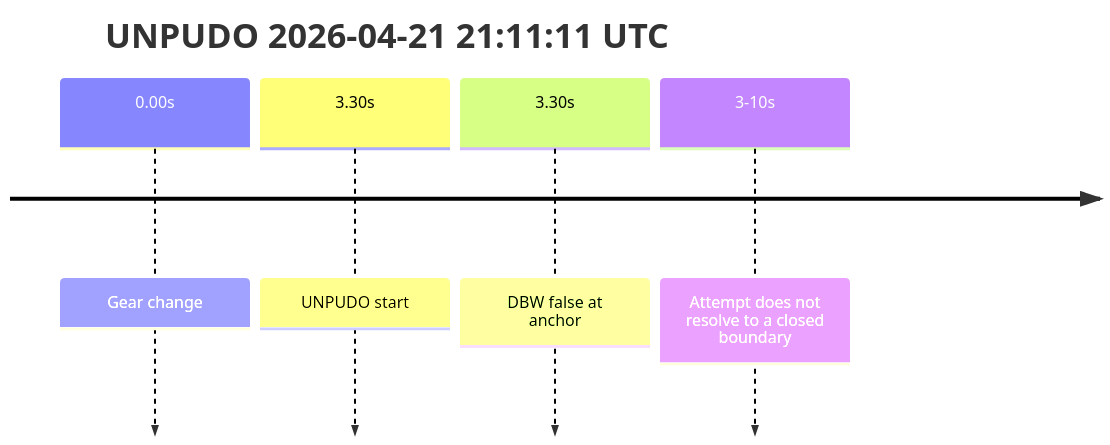
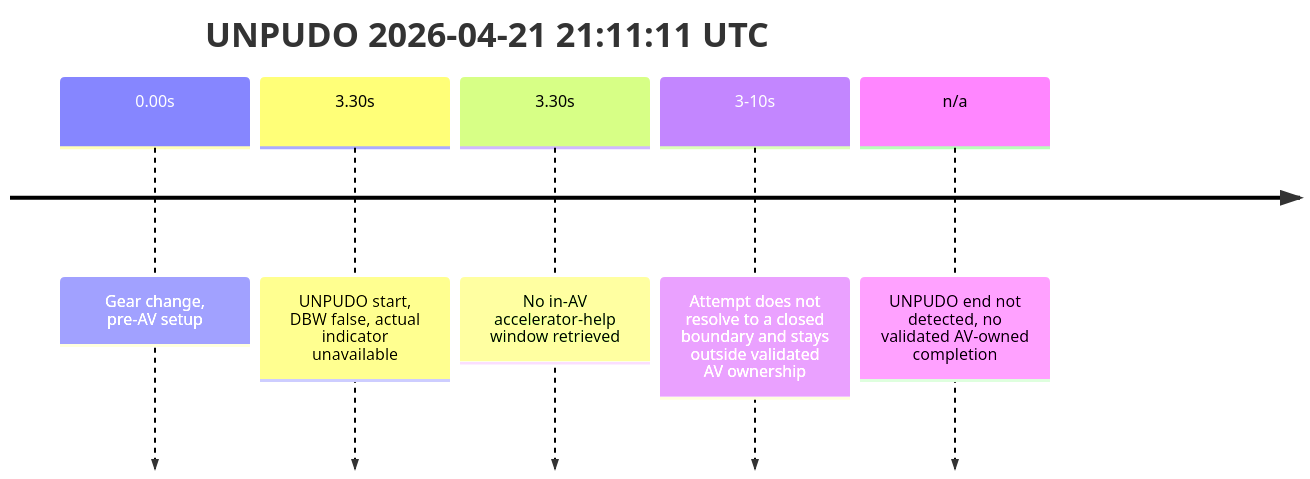
The second of 2 diagrams in model_analysis/report_cards/2026/04/Week-4/fme20012--2026-04-21--20-09-51--gen2-av-e0b70f5f-cb4d-4f8b-b0d7-af97a8834fb9.md (yoelshapiro/vault), drawn with Mermaid before and after one commit. The commit also changed other lines of this file and 4 other files, not shown here.

````diff
--- a/model_analysis/report_cards/2026/04/Week-4/fme20012--2026-04-21--20-09-51--gen2-av-e0b70f5f-cb4d-4f8b-b0d7-af97a8834fb9.md
+++ b/model_analysis/report_cards/2026/04/Week-4/fme20012--2026-04-21--20-09-51--gen2-av-e0b70f5f-cb4d-4f8b-b0d7-af97a8834fb9.md
@@ -79,8 +94,9 @@
 ```mermaid
 timeline
     title UNPUDO 2026-04-21 21:11:11 UTC
-    0.00s : Gear change
-    3.30s : UNPUDO start
-    3.30s : DBW false at anchor
-    3-10s : Attempt does not resolve to a closed boundary
+    0.00s : Gear change, pre-AV setup
+    3.30s : UNPUDO start, DBW false, actual indicator unavailable
+    3.30s : No in-AV accelerator-help window retrieved
+    3-10s : Attempt does not resolve to a closed boundary and stays outside validated AV ownership
+    n/a : UNPUDO end not detected, no validated AV-owned completion
 ```
````
